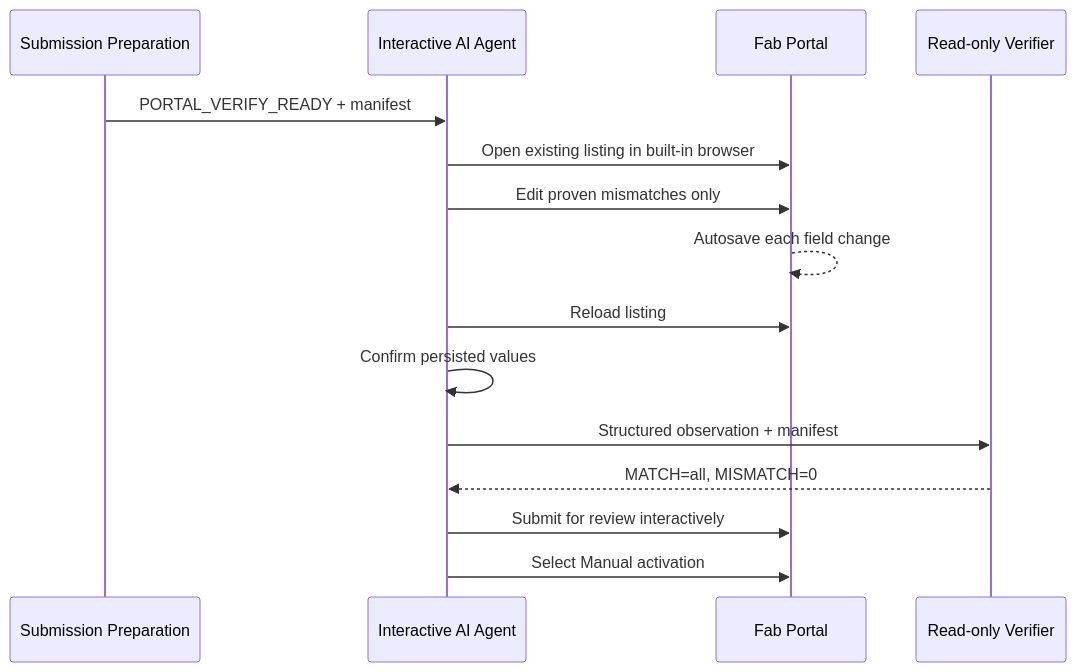
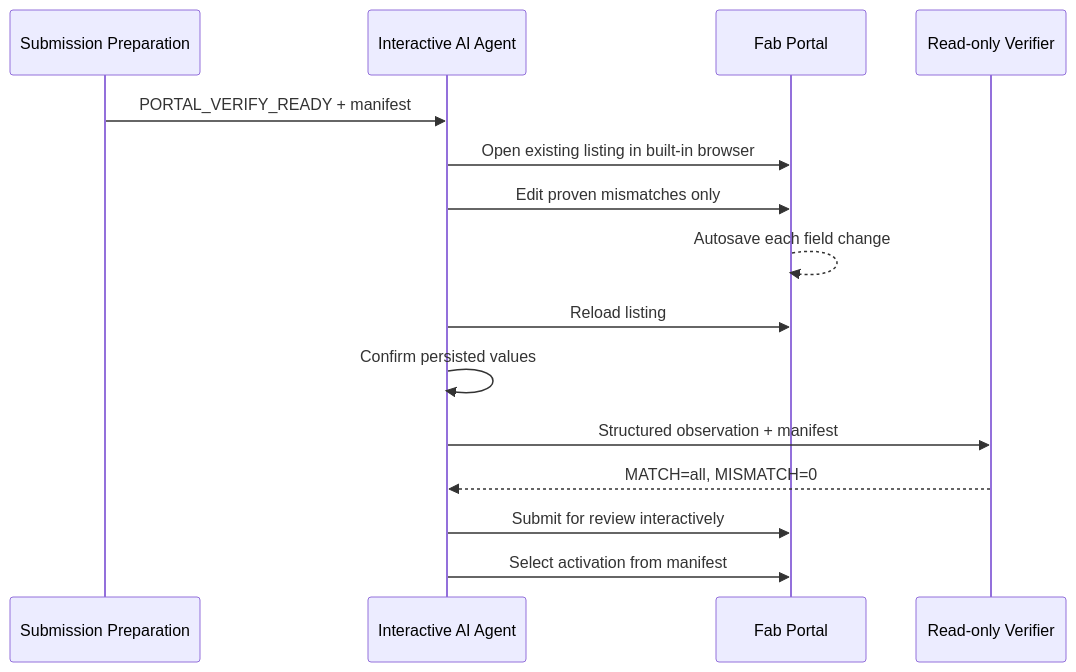
One commit to metyatech/fab-plugin-release-tools changed the first of 2 diagrams in README.md. Above: the diagram before and after it, drawn with Mermaid. The commit also changed other lines of this file, not shown here.

Commit message:
docs: honor product activation setting

````diff
--- a/README.md
+++ b/README.md
@@ -525,18 +529,18 @@
 ```mermaid
 sequenceDiagram
     participant Prep as Submission Preparation
     participant Agent as Interactive AI Agent
     participant Fab as Fab Portal
     participant Verify as Read-only Verifier
 
     Prep->>Agent: PORTAL_VERIFY_READY + manifest
     Agent->>Fab: Open existing listing in built-in browser
     Agent->>Fab: Edit proven mismatches only
     Fab-->>Fab: Autosave each field change
     Agent->>Fab: Reload listing
     Agent->>Agent: Confirm persisted values
     Agent->>Verify: Structured observation + manifest
     Verify-->>Agent: MATCH=all, MISMATCH=0
     Agent->>Fab: Submit for review interactively
-    Agent->>Fab: Select Manual activation
+    Agent->>Fab: Select activation from manifest
 ```
````
